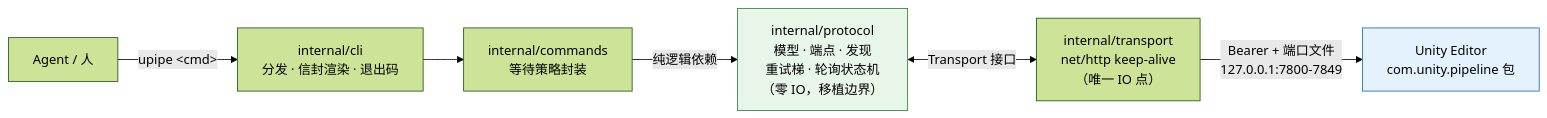
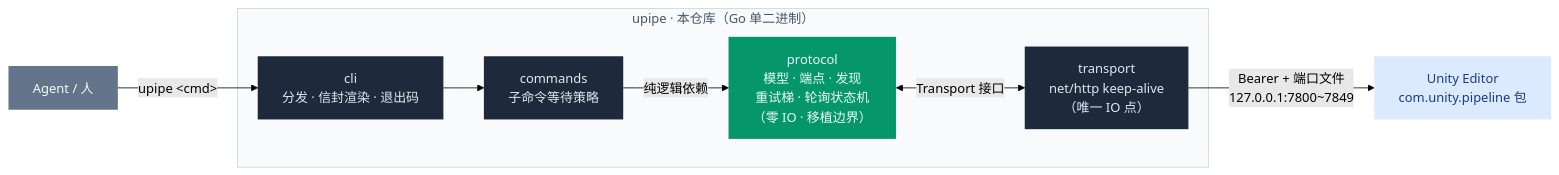
Before and after one commit to Kayungko/unity-pipe: the diagram in README.md, drawn with Mermaid (forest theme). The commit also changed other lines of this file and 1 other file, not shown here.

Commit message:
docs: README iteration — flat-square badges, doc quick links, prettier architecture diagram, usage walkthrough; add CHANGELOG

````diff
--- a/README.md
+++ b/README.md
@@ -35,11 +40,22 @@
 ```mermaid
 flowchart LR
-    U["Agent / 人"] -->|"upipe &lt;cmd&gt;"| CLI["internal/cli<br/>分发 · 信封渲染 · 退出码"]
-    CLI --> CMD["internal/commands<br/>等待策略封装"]
-    CMD -->|"纯逻辑依赖"| P["internal/protocol<br/>模型 · 端点 · 发现<br/>重试梯 · 轮询状态机<br/>（零 IO，移植边界）"]
-    P <-->|"Transport 接口"| T["internal/transport<br/>net/http keep-alive<br/>（唯一 IO 点）"]
-    T -->|"Bearer + 端口文件<br/>127.0.0.1:7800-7849"| E["Unity Editor<br/>com.unity.pipeline 包"]
+    U["Agent / 人"] -->|"upipe &lt;cmd&gt;"| CLI
 
-    style P fill:#e8f5e9,stroke:#2e7d32
-    style E fill:#e3f2fd,stroke:#1565c0
+    subgraph upipe["upipe · 本仓库（Go 单二进制）"]
+        CLI["cli<br/>分发 · 信封渲染 · 退出码"] --> CMD["commands<br/>子命令等待策略"]
+        CMD -->|"纯逻辑依赖"| P["protocol<br/>模型 · 端点 · 发现<br/>重试梯 · 轮询状态机<br/>（零 IO · 移植边界）"]
+        P <-->|"Transport 接口"| T["transport<br/>net/http keep-alive<br/>（唯一 IO 点）"]
+    end
+
+    T -->|"Bearer + 端口文件<br/>127.0.0.1:7800~7849"| E["Unity Editor<br/>com.unity.pipeline 包"]
+
+    classDef user fill:#64748b,stroke:none,color:#f8fafc
+    classDef layer fill:#1e293b,stroke:none,color:#e2e8f0
+    classDef core fill:#059669,stroke:none,color:#ecfdf5
+    classDef editor fill:#dbeafe,stroke:none,color:#1e3a8a
+    class U user
+    class CLI,CMD,T layer
+    class P core
+    class E editor
+    style upipe fill:#f8fafc,stroke:#cbd5e1,color:#475569
 ```
````
